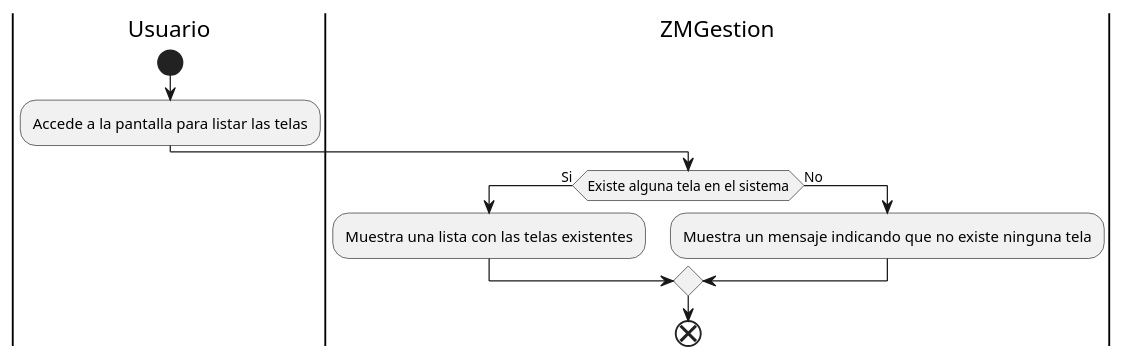
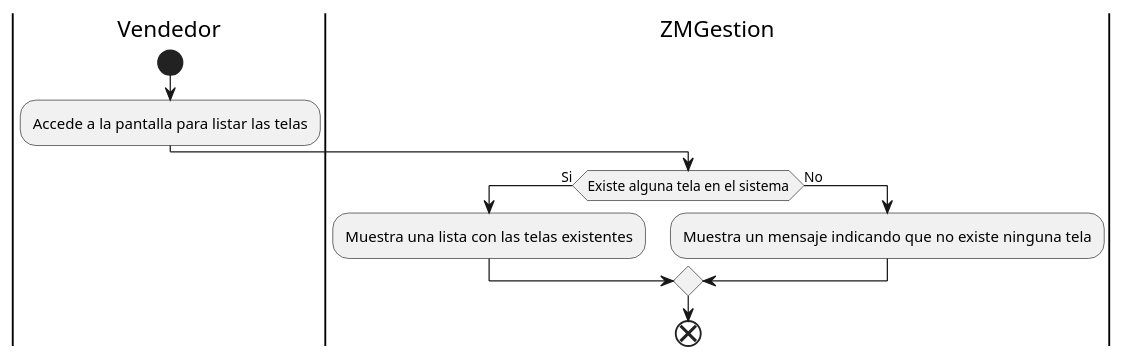
Before and after one commit to ZMGestion/DocumentacionZMGestion: the diagram in Informe Final/DiagramasActividad/listarTelas.puml, drawn with PlantUML. The commit also changed 28 other files, not shown here.

Commit message:
Nuevo descripciones textuales de casos de uso y diagramas de actividad.

```diff
--- a/Informe Final/DiagramasActividad/listarTelas.puml
+++ b/Informe Final/DiagramasActividad/listarTelas.puml
@@ -1,12 +1,12 @@
 @startuml listarTelas
-|Usuario|
+|Vendedor|
 start
 :Accede a la pantalla para listar las telas;
 |ZMGestion|
 if(Existe alguna tela en el sistema) then (Si)
 :Muestra una lista con las telas existentes;
 else (No)
 :Muestra un mensaje indicando que no existe ninguna tela;
 endif
 end
 @enduml
```
